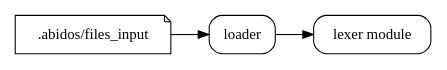
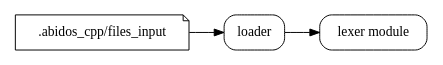
The diagram in programmer_manual/chapter_loader/loader_2_files_input.dot (fructu/abidos_cpp_doc), drawn with Graphviz before and after one commit. The commit also changed 25 other files, not shown here.

Commit message:
changed abidos -> abidos_cpp

```diff
--- a/programmer_manual/chapter_loader/loader_2_files_input.dot
+++ b/programmer_manual/chapter_loader/loader_2_files_input.dot
@@ -1,26 +1,26 @@
 digraph R {
   size ="4, 6!";
   fontsize = 8
   rankdir=LR
 
   file [
     shape=note,
-    label=".abidos/files_input"
+    label=".abidos_cpp/files_input"
   ]
 
   loader [
     shape=box,
     style="rounded",
     label="loader"
   ]
 
   lexer [
     fillcolor=loader,
     style="rounded",
     shape=box,
     label="lexer module"
   ]
 
   file -> loader;
   loader -> lexer;
 }
```
